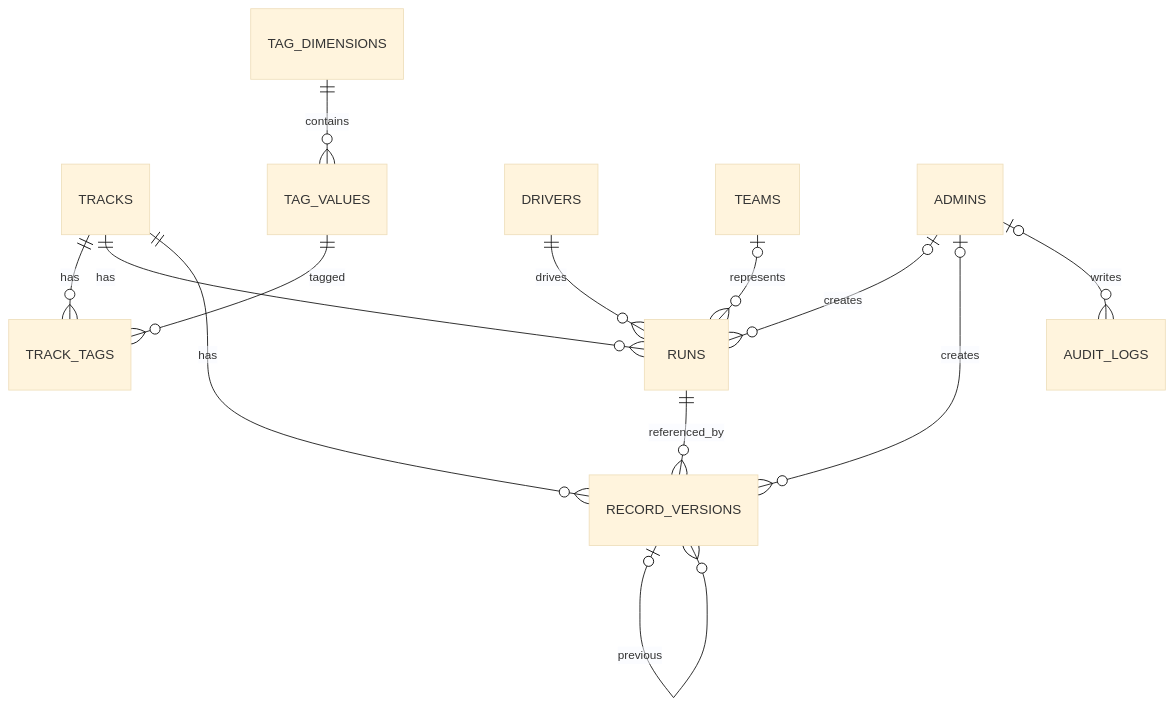
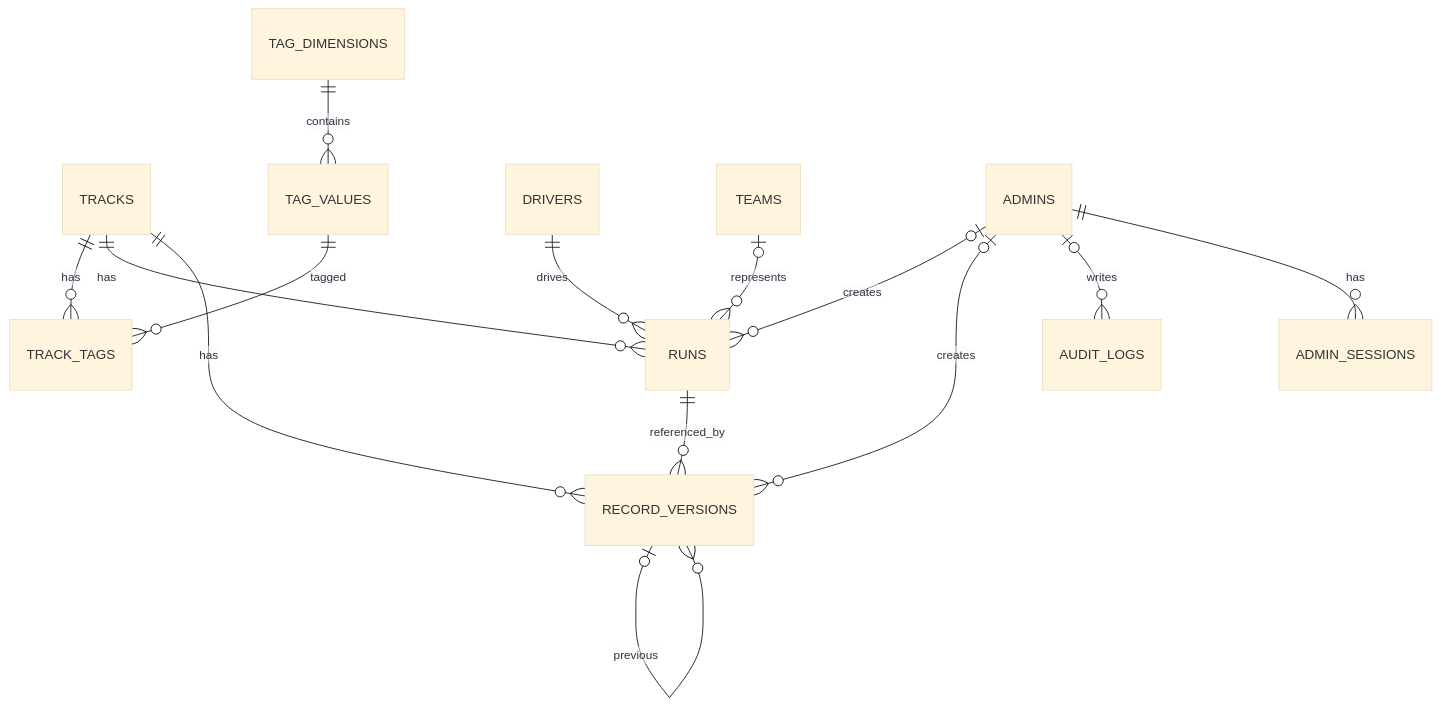
The diagram in docs/数据模型.md (jieci0825/qqfeiche-rank), drawn with Mermaid (base theme) before and after one commit. The commit also changed other lines of this file and 22 other files, not shown here.

````diff
--- a/docs/数据模型.md
+++ b/docs/数据模型.md
@@ -18,15 +18,16 @@
 ```mermaid
 erDiagram
     TRACKS ||--o{ TRACK_TAGS : has
     TAG_VALUES ||--o{ TRACK_TAGS : tagged
     TAG_DIMENSIONS ||--o{ TAG_VALUES : contains
     TRACKS ||--o{ RUNS : has
     DRIVERS ||--o{ RUNS : drives
     TEAMS |o--o{ RUNS : represents
     TRACKS ||--o{ RECORD_VERSIONS : has
     RUNS ||--o{ RECORD_VERSIONS : referenced_by
     RECORD_VERSIONS |o--o{ RECORD_VERSIONS : previous
     ADMINS |o--o{ RUNS : creates
     ADMINS |o--o{ RECORD_VERSIONS : creates
     ADMINS |o--o{ AUDIT_LOGS : writes
+    ADMINS ||--o{ ADMIN_SESSIONS : has
 ```
````
